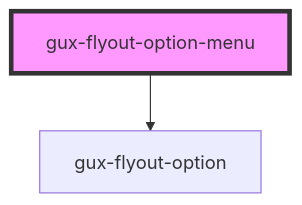
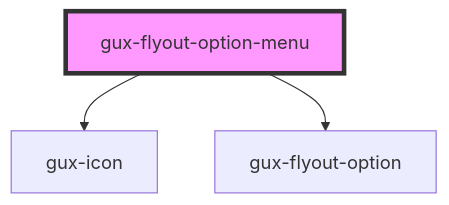
Before and after one commit to ueno-llc/genesys-webcomponents: the diagram in src/components/beta/gux-flyout-menu/gux-flyout-option-menu/readme.md, drawn with Mermaid. The commit also changed other lines of this file and 4 other files, not shown here.

````diff
--- a/src/components/beta/gux-flyout-menu/gux-flyout-option-menu/readme.md
+++ b/src/components/beta/gux-flyout-menu/gux-flyout-option-menu/readme.md
@@ -24,5 +27,6 @@
 ```mermaid
 graph TD;
+  gux-flyout-option-menu --> gux-icon
   gux-flyout-option-menu --> gux-flyout-option
   style gux-flyout-option-menu fill:#f9f,stroke:#333,stroke-width:4px
 ```
````
